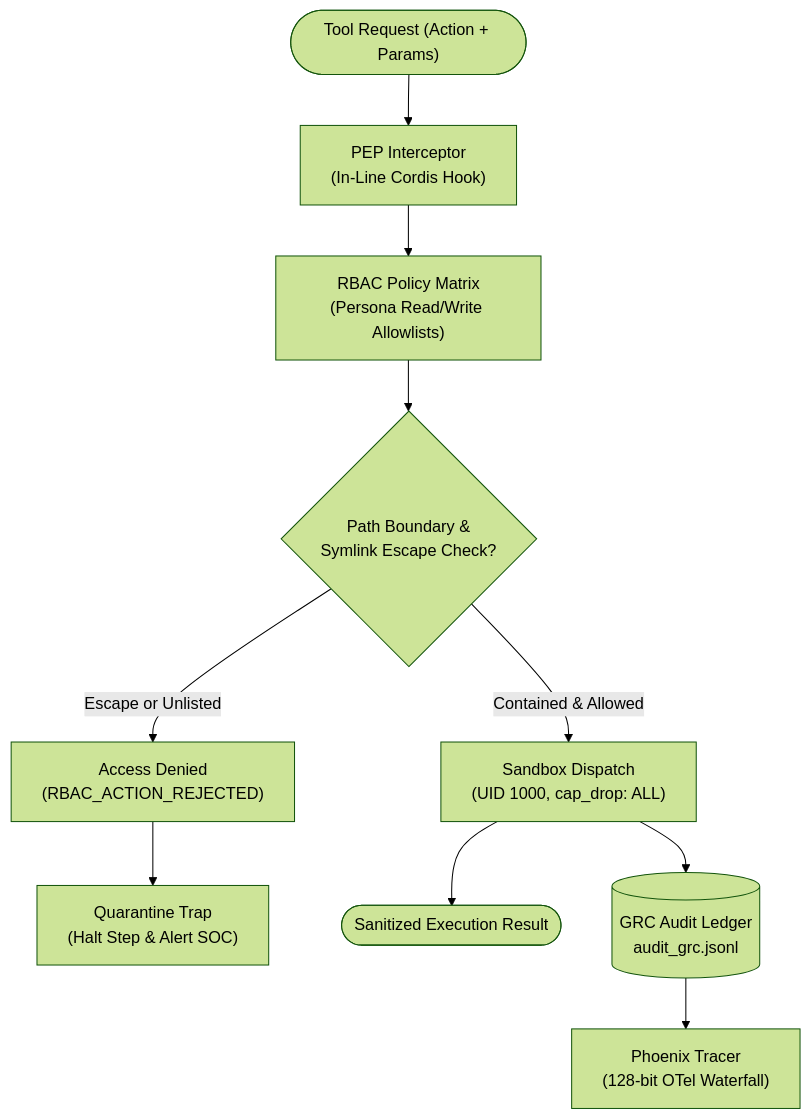
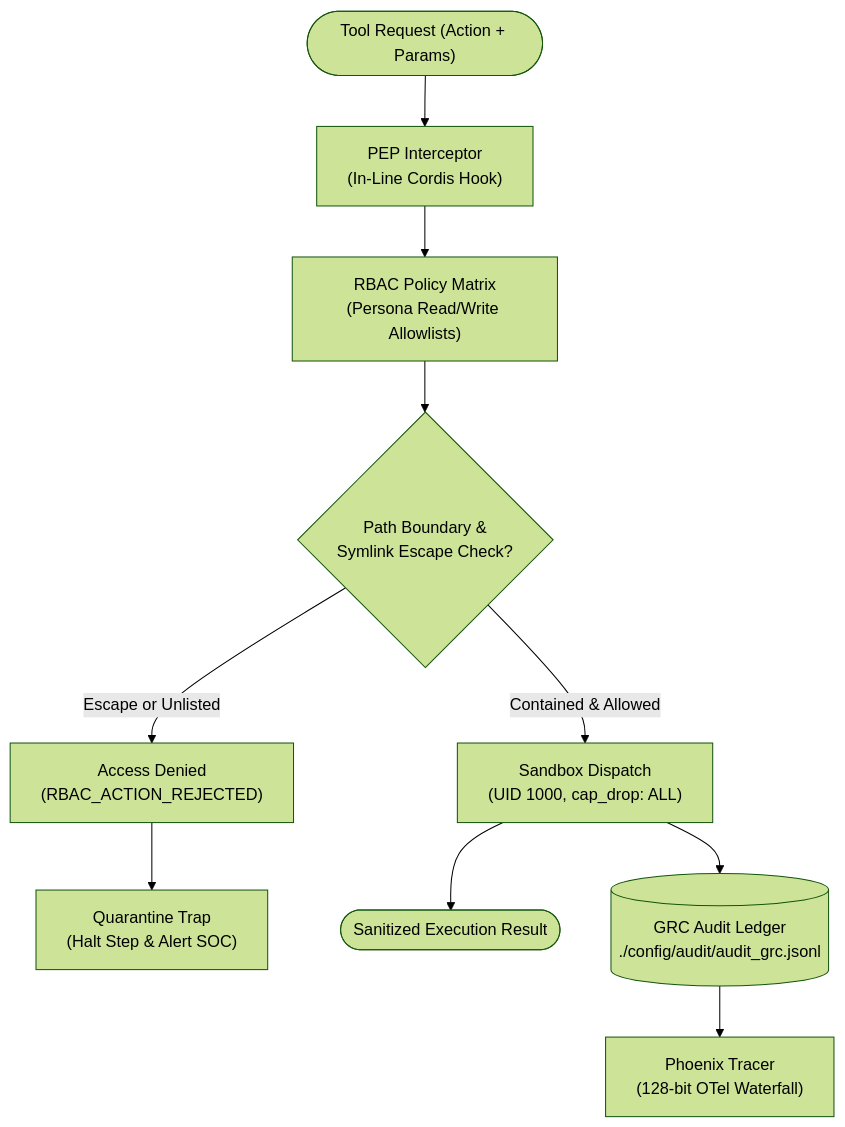
One commit to hdjebar/DSH-DDS changed the second of 4 diagrams in docs/diagrams/README.md. Above: the diagram before and after it, drawn with Mermaid (forest theme). The commit also changed other lines of this file and 11 other files, not shown here.

Commit message:
docs: update architecture, security, ADRs, and Archify diagrams for audit remediations

````diff
--- a/docs/diagrams/README.md
+++ b/docs/diagrams/README.md
@@ -75,14 +80,14 @@
 ```mermaid
 flowchart TD
     START(["Tool Request (Action + Params)"]) --> PEP["PEP Interceptor\n(In-Line Cordis Hook)"]
     PEP --> RBAC["RBAC Policy Matrix\n(Persona Read/Write Allowlists)"]
     RBAC --> BOUNDARY{"Path Boundary &\nSymlink Escape Check?"}
 
     BOUNDARY -->|Contained & Allowed| SANDBOX["Sandbox Dispatch\n(UID 1000, cap_drop: ALL)"]
     BOUNDARY -->|Escape or Unlisted| DENIED["Access Denied\n(RBAC_ACTION_REJECTED)"]
 
     DENIED --> SOC["Quarantine Trap\n(Halt Step & Alert SOC)"]
     SANDBOX --> RESULT(["Sanitized Execution Result"])
-    SANDBOX --> AUDIT[("GRC Audit Ledger\naudit_grc.jsonl")]
+    SANDBOX --> AUDIT[("GRC Audit Ledger\n./config/audit/audit_grc.jsonl")]
     AUDIT --> PHOENIX["Phoenix Tracer\n(128-bit OTel Waterfall)"]
 ```
````
